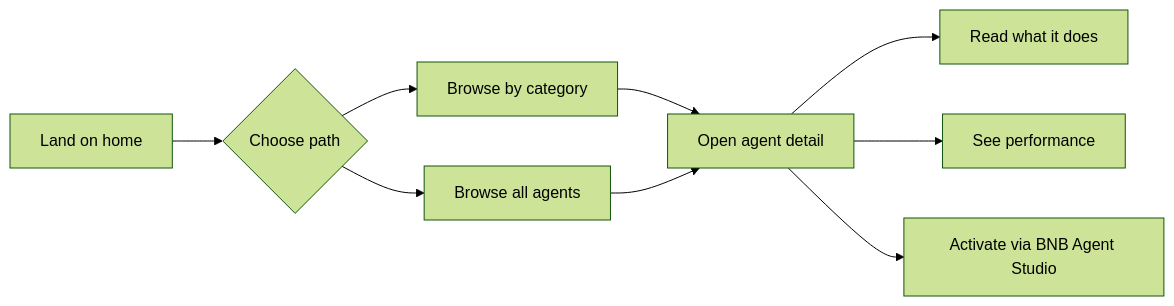
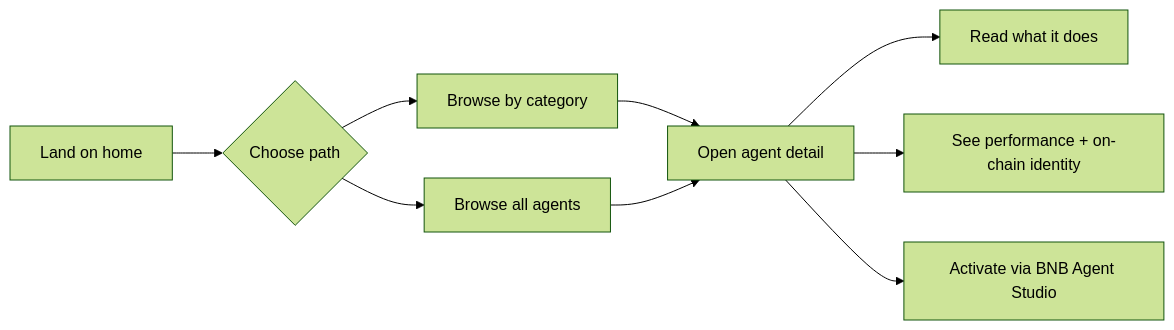
One commit to Baophan00/bnb-agent-marketplace changed the first of 2 diagrams in README.md. Above: the diagram before and after it, drawn with Mermaid (forest theme). The commit also changed other lines of this file, not shown here.

Commit message:
docs: update README with live URLs and architecture

````diff
--- a/README.md
+++ b/README.md
@@ -19,11 +19,11 @@
 ```mermaid
 graph LR
   A[Land on home] --> B{Choose path}
   B --> C[Browse by category]
   B --> D[Browse all agents]
   C --> E[Open agent detail]
   D --> E
   E --> F[Read what it does]
-  E --> G[See performance]
+  E --> G[See performance + on-chain identity]
   E --> H[Activate via BNB Agent Studio]
 ```
````
